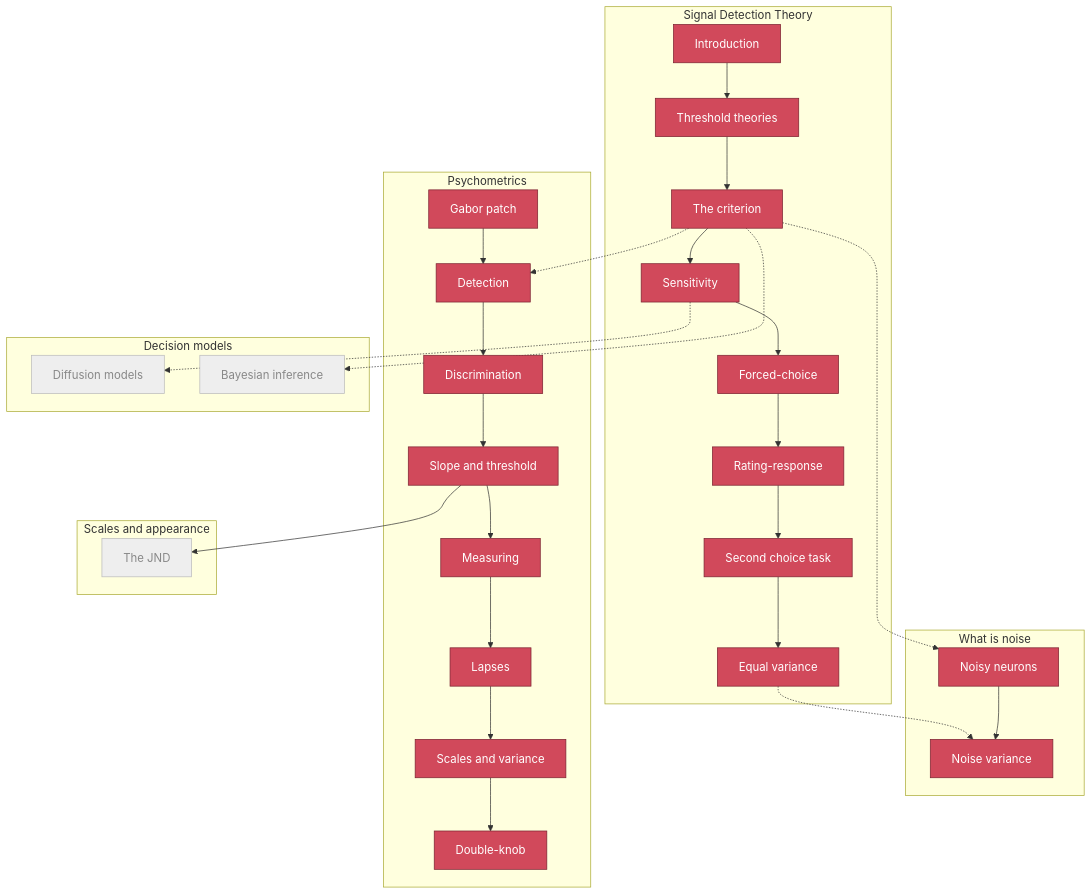
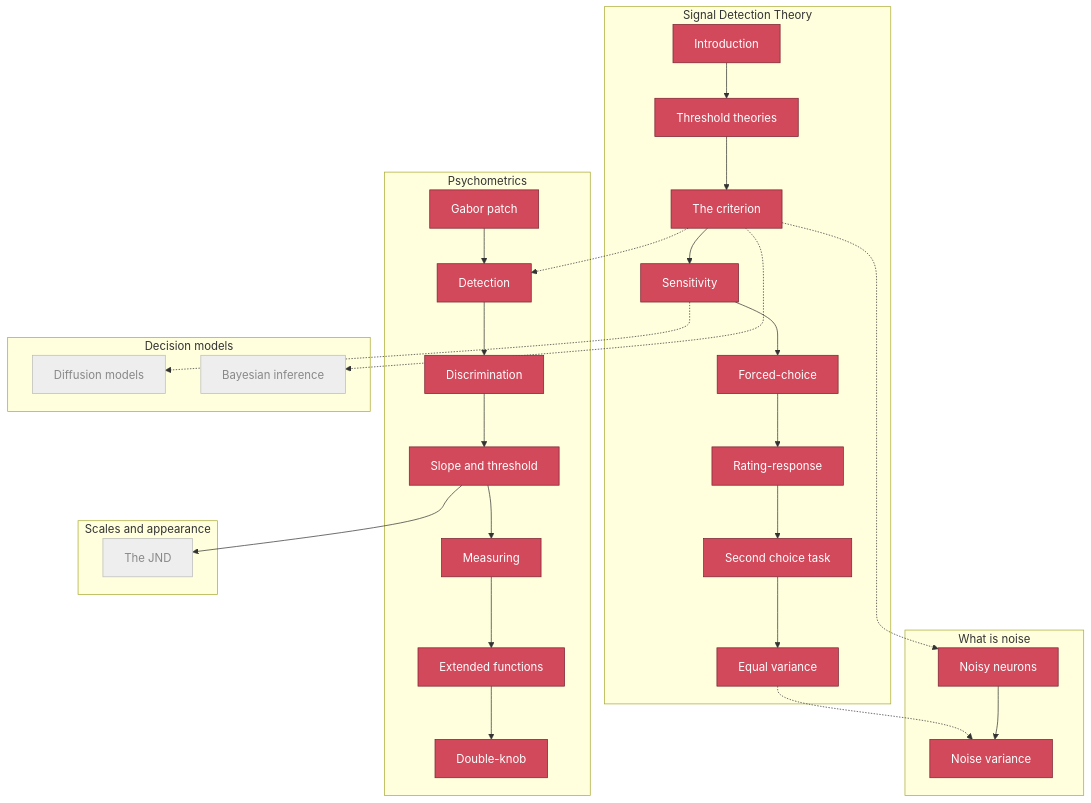
The diagram in sitemap.md (tbalsdon/psychophysical-choose-your-own-adventure), drawn with Mermaid before and after one commit. The commit also changed 10 other files, not shown here.

First line of the commit message:
Regroup lapses/scales into "Extended psychometric functions" subsection

````diff
--- a/sitemap.md
+++ b/sitemap.md
@@ -12,72 +12,70 @@
 ```{mermaid}
 flowchart TD
     subgraph SDT [Signal Detection Theory]
         a[Introduction]
         b[Threshold theories]
         d[The criterion]
         e[Sensitivity]
         f[Forced-choice]
         g[Rating-response]
         h[Second choice task]
         i[Equal variance]
     end
 
     subgraph NOISE [What is noise]
         nn[Noisy neurons]
         nv[Noise variance]
     end
 
     subgraph PSY [Psychometrics]
         pg[Gabor patch]
         pd[Detection]
         pdi[Discrimination]
         pst[Slope and threshold]
         pme[Measuring]
-        pla[Lapses]
-        psc[Scales and variance]
+        pex[Extended functions]
         pdk[Double-knob]
     end
 
     subgraph SCALE [Scales and appearance]
         s1[The JND]
     end
 
     subgraph DM [Decision models]
         dm1[Diffusion models]
         dm2[Bayesian inference]
     end
 
     a --> b --> d --> e --> f --> g --> h --> i
     d -.-> nn
     i -.-> nv
     nn --> nv
     d -.-> pd
-    pg --> pd --> pdi --> pst --> pme --> pla --> psc --> pdk
+    pg --> pd --> pdi --> pst --> pme --> pex --> pdk
     pst --> s1
     e -.-> dm1
     d -.-> dm2
 
     classDef done fill:#d1495b,stroke:#7a2230,color:#fff;
     classDef todo fill:#eee,stroke:#bbb,color:#888;
-    class a,b,d,e,f,g,h,i,nn,nv,pg,pd,pdi,pst,pme,pla,psc,pdk done;
+    class a,b,d,e,f,g,h,i,nn,nv,pg,pd,pdi,pst,pme,pex,pdk done;
     class s1,dm1,dm2 todo;
 
     click a "../modules/sdt-intro"
     click b "../modules/sdt-threshold-theories"
     click d "../modules/sdt-criterion"
     click e "../modules/sdt-sensitivity"
     click f "../modules/sdt-forced-choice"
     click g "../modules/sdt-rating-response"
     click h "../modules/sdt-second-choice"
     click i "../modules/sdt-equal-variance"
     click nn "../modules/noise-noisy-neurons"
     click nv "../modules/noise-variance"
     click pg "../modules/psy-gabor"
     click pd "../modules/psy-detection"
     click pdi "../modules/psy-discrimination"
     click pst "../modules/psy-slope-threshold-bias"
     click pme "../modules/psy-measuring"
-    click pla "../modules/psy-lapses"
-    click psc "../modules/psy-scales"
+    click pex "../modules/psy-extended"
     click pdk "../modules/psy-double-knob"
 ```
````
